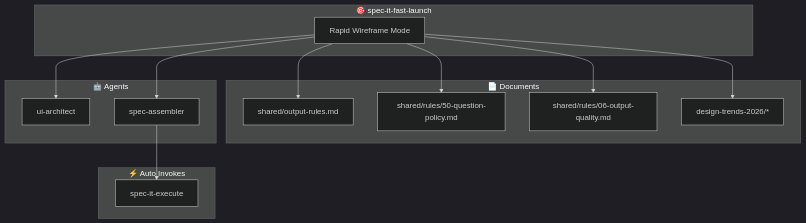
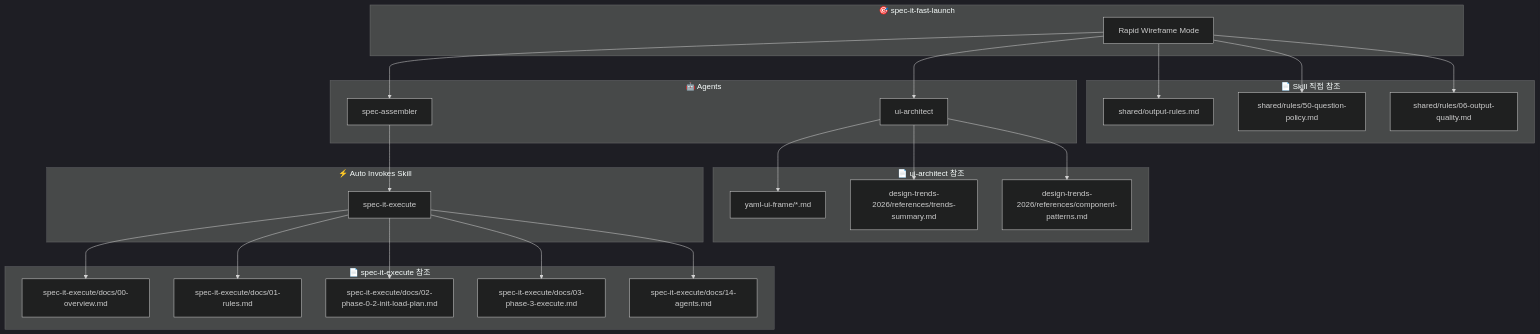
One commit to 30eggis/spec-it changed the fourth of 14 diagrams in docs/SKILL_AGENT_REFERENCE_MAP.md. Above: the diagram before and after it, drawn with Mermaid (dark theme). The commit also changed other lines of this file, not shown here.

First line of the commit message:
Update Skill/Agent reference map with full document chains

````diff
--- a/docs/SKILL_AGENT_REFERENCE_MAP.md
+++ b/docs/SKILL_AGENT_REFERENCE_MAP.md
@@ -196,30 +191,41 @@
 ```mermaid
 flowchart TB
-    subgraph skill_fast["🎯 spec-it-fast-launch"]
+    subgraph SKILL["🎯 spec-it-fast-launch"]
         S1[Rapid Wireframe Mode]
     end
 
-    subgraph docs_fast["📄 Documents"]
-        D1[shared/output-rules.md]
-        D2[shared/rules/50-question-policy.md]
-        D3[shared/rules/06-output-quality.md]
-        D4[design-trends-2026/*]
+    subgraph SKILL_DOCS["📄 Skill 직접 참조"]
+        SD1[shared/output-rules.md]
+        SD2[shared/rules/50-question-policy.md]
+        SD3[shared/rules/06-output-quality.md]
     end
 
-    subgraph agents_fast["🤖 Agents"]
+    subgraph AGENTS["🤖 Agents"]
         A1[ui-architect]
         A2[spec-assembler]
     end
 
-    subgraph skill_exec["⚡ Auto Invokes"]
-        E1[spec-it-execute]
+    subgraph UI_DOCS["📄 ui-architect 참조"]
+        UD1[yaml-ui-frame/*.md]
+        UD2[design-trends-2026/references/trends-summary.md]
+        UD3[design-trends-2026/references/component-patterns.md]
     end
 
-    S1 --> D1
-    S1 --> D2
-    S1 --> D3
-    S1 --> D4
-    S1 --> A1
-    S1 --> A2
-    A2 --> E1
+    subgraph INVOKE_SKILL["⚡ Auto Invokes Skill"]
+        IS1[spec-it-execute]
+    end
+
+    subgraph EXEC_DOCS["📄 spec-it-execute 참조"]
+        ED1[spec-it-execute/docs/00-overview.md]
+        ED2[spec-it-execute/docs/01-rules.md]
+        ED3[spec-it-execute/docs/02-phase-0-2-init-load-plan.md]
+        ED4[spec-it-execute/docs/03-phase-3-execute.md]
+        ED5[spec-it-execute/docs/14-agents.md]
+    end
+
+    S1 --> SD1 & SD2 & SD3
+    S1 --> A1 & A2
+    A1 --> UD1 & UD2 & UD3
+    A2 --> IS1
+    IS1 --> ED1 & ED2 & ED3 & ED4 & ED5
 ```
````
